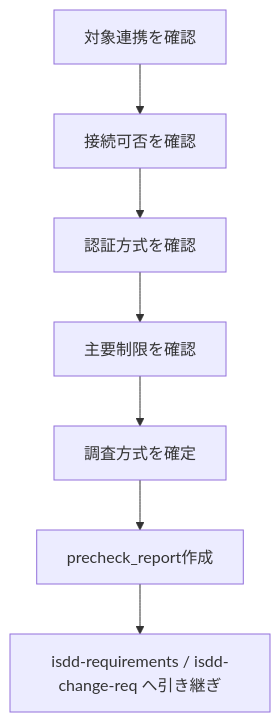
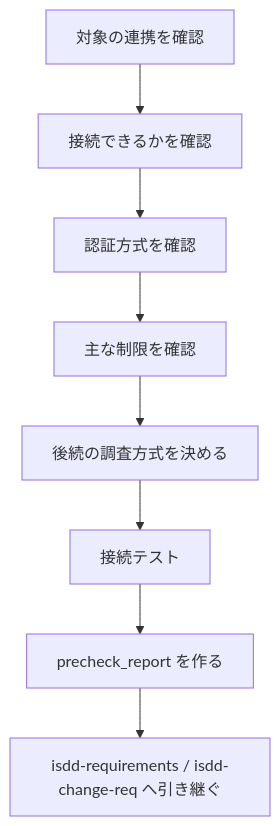
Before and after one commit to notfolder/isdd: the diagram in skills/isdd-external-precheck/SKILL.md, drawn with Mermaid. The commit also changed other lines of this file and 119 other files, not shown here.

````diff
--- a/skills/isdd-external-precheck/SKILL.md
+++ b/skills/isdd-external-precheck/SKILL.md
@@ -45,9 +33,10 @@
 ```mermaid
 graph TD
-    A[対象連携を確認] --> B[接続可否を確認]
+    A[対象の連携を確認] --> B[接続できるかを確認]
     B --> C[認証方式を確認]
-    C --> D[主要制限を確認]
-    D --> E[調査方式を確定]
-    E --> F[precheck_report作成]
-    F --> G[isdd-requirements / isdd-change-req へ引き継ぎ]
+    C --> D[主な制限を確認]
+    D --> E[後続の調査方式を決める]
+    E --> F[接続テスト]
+    F --> G[precheck_report を作る]
+    G --> H[isdd-requirements / isdd-change-req へ引き継ぐ]
 ```
````
